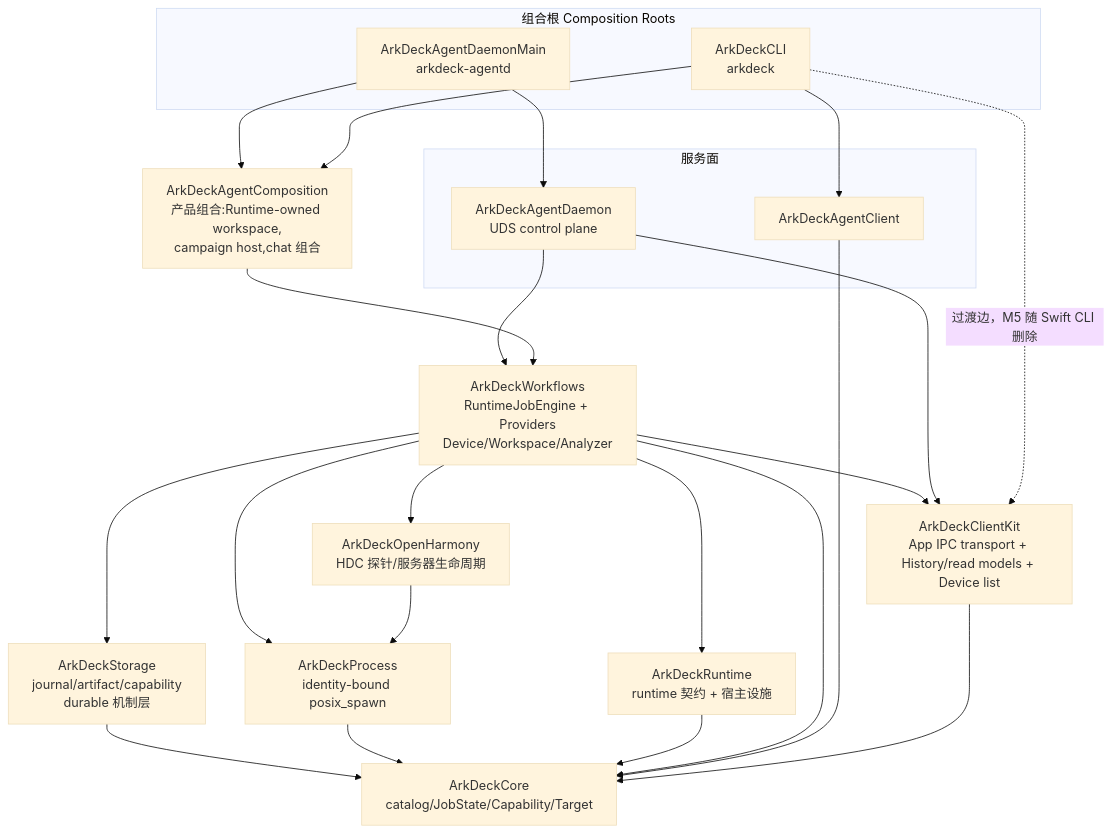
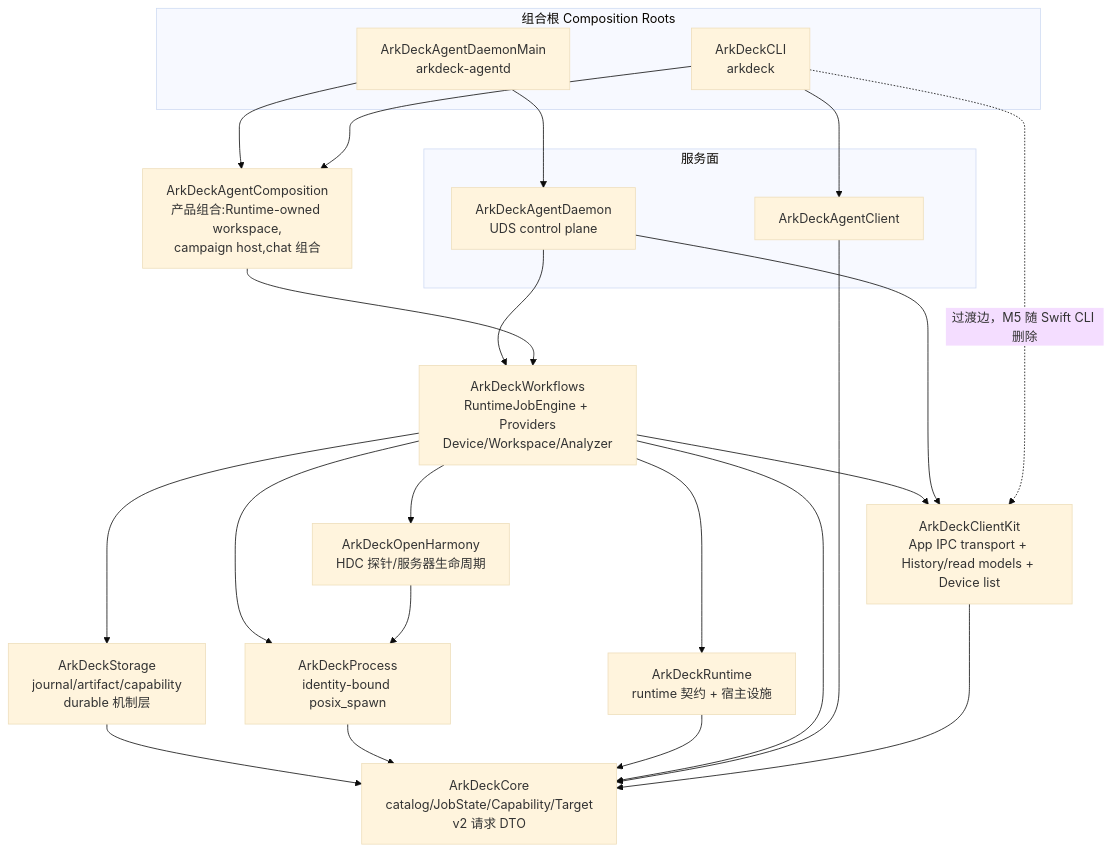
Before and after one commit to ArkDeck/ArkDeck: the diagram in docs/ArchitectureRules.md, drawn with Mermaid (base theme). The commit also changed other lines of this file and 4 other files, not shown here.

First line of the commit message:
refactor(TASK-XPA-019): declare the v2 request contract in ArkDeckCore instead of ArkDeckRuntime

````diff
--- a/docs/ArchitectureRules.md
+++ b/docs/ArchitectureRules.md
@@ -24,39 +24,39 @@
 ```mermaid
 graph TD
     subgraph 组合根 Composition Roots
         DMAIN[ArkDeckAgentDaemonMain<br/>arkdeck-agentd]
         CLI[ArkDeckCLI<br/>arkdeck]
     end
     subgraph 服务面
         DAEMON[ArkDeckAgentDaemon<br/>UDS control plane]
         CLIENT[ArkDeckAgentClient]
     end
     COMP[ArkDeckAgentComposition<br/>产品组合:Runtime-owned workspace,<br/>campaign host,chat 组合]
     WORKFLOWS[ArkDeckWorkflows<br/>RuntimeJobEngine + Providers<br/>Device/Workspace/Analyzer]
     STORAGE[ArkDeckStorage<br/>journal/artifact/capability<br/>durable 机制层]
     OH[ArkDeckOpenHarmony<br/>HDC 探针/服务器生命周期]
     PROC[ArkDeckProcess<br/>identity-bound posix_spawn]
     RT[ArkDeckRuntime<br/>runtime 契约 + 宿主设施]
-    CORE[ArkDeckCore<br/>catalog/JobState/Capability/Target]
+    CORE[ArkDeckCore<br/>catalog/JobState/Capability/Target<br/>v2 请求 DTO]
 
     DMAIN --> DAEMON
     DMAIN --> COMP
     CLI --> COMP
     CLI --> CLIENT
     DAEMON --> WORKFLOWS
     COMP --> WORKFLOWS
     WORKFLOWS --> OH
     WORKFLOWS --> STORAGE
     WORKFLOWS --> PROC
     WORKFLOWS --> RT
     OH --> PROC
     STORAGE --> CORE
     PROC --> CORE
     RT --> CORE
     WORKFLOWS --> CORE
     CLIENT --> CORE
     CLIENTKIT[ArkDeckClientKit<br/>App IPC transport + History/read models + Device list] --> CORE
     WORKFLOWS --> CLIENTKIT
     DAEMON --> CLIENTKIT
     CLI -.->|过渡边，M5 随 Swift CLI 删除| CLIENTKIT
 ```
````
